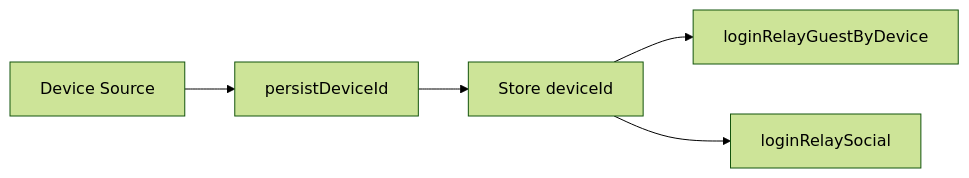
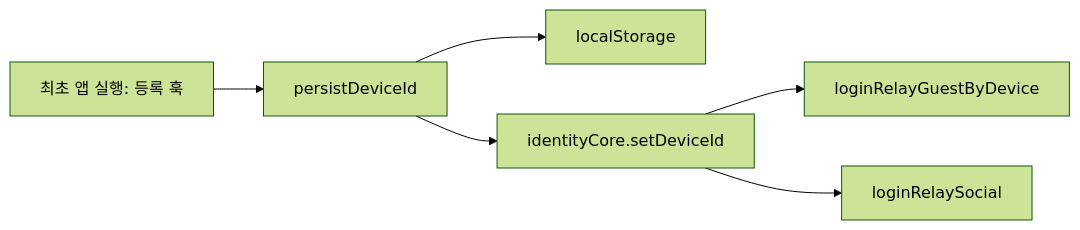
Before and after one commit to lemoncloud-io/dou-app: diagram 12 of 14 in libs/web-core/docs/session/session-scenarios.md, drawn with Mermaid (forest theme). The commit also changed other lines of this file and 6 other files, not shown here.

````diff
--- a/libs/web-core/docs/session/session-scenarios.md
+++ b/libs/web-core/docs/session/session-scenarios.md
@@ -697,7 +677,8 @@
 ```mermaid
 flowchart LR
-  A["Device Source"] --> B["persistDeviceId"]
-  B --> C["Store deviceId"]
-  C --> D["loginRelayGuestByDevice"]
-  C --> E["loginRelaySocial"]
+  A["최초 앱 실행: 등록 훅"] --> B["persistDeviceId"]
+  B --> C1["localStorage"]
+  B --> C2["identityCore.setDeviceId"]
+  C2 --> D["loginRelayGuestByDevice"]
+  C2 --> E["loginRelaySocial"]
 ```
````
